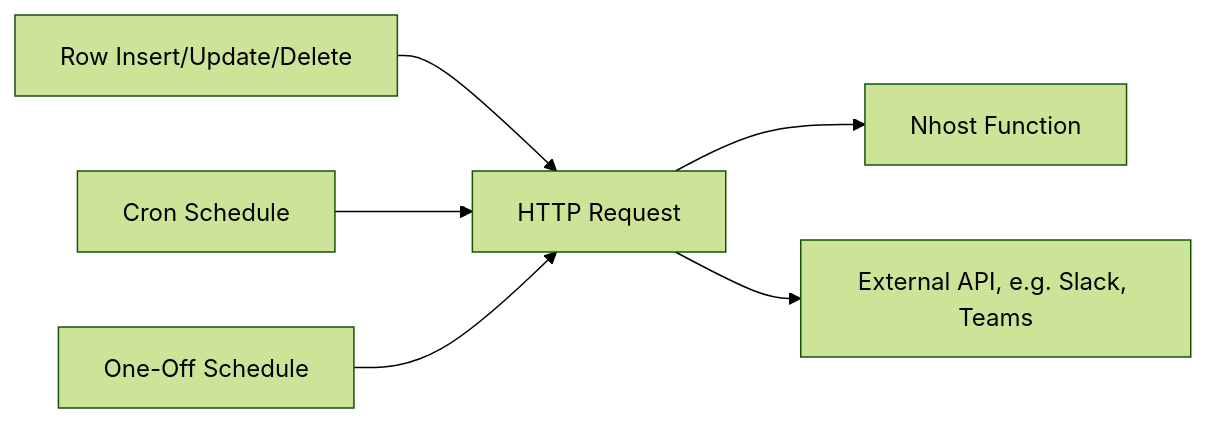
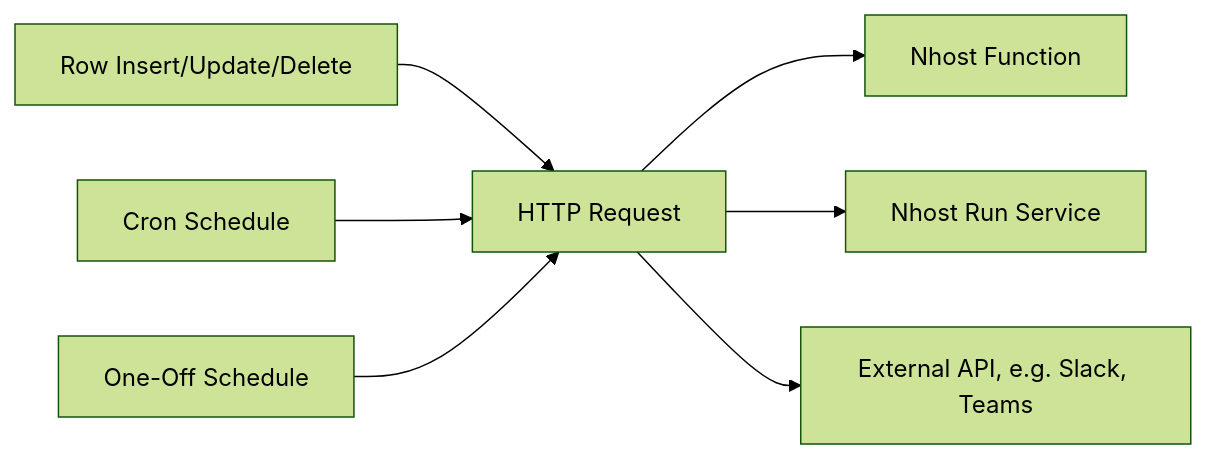
The diagram in docs/src/content/docs/products/events/index.mdx (nhost/nhost), drawn with Mermaid (forest theme) before and after one commit. The commit also changed other lines of this file and 1 other file, not shown here.

Commit message:
fix: address comment

````diff
--- a/docs/src/content/docs/products/events/index.mdx
+++ b/docs/src/content/docs/products/events/index.mdx
@@ -15,8 +15,9 @@
 ```mermaid
 flowchart LR
     A["Row Insert/Update/Delete"] --> D["HTTP Request"]
     B["Cron Schedule"] --> D
     C["One-Off Schedule"] --> D
     D --> E["Nhost Function"]
-    D --> F["External API, e.g. Slack, Teams"]
+    D --> F["Nhost Run Service"]
+    D --> G["External API, e.g. Slack, Teams"]
 ```
````
